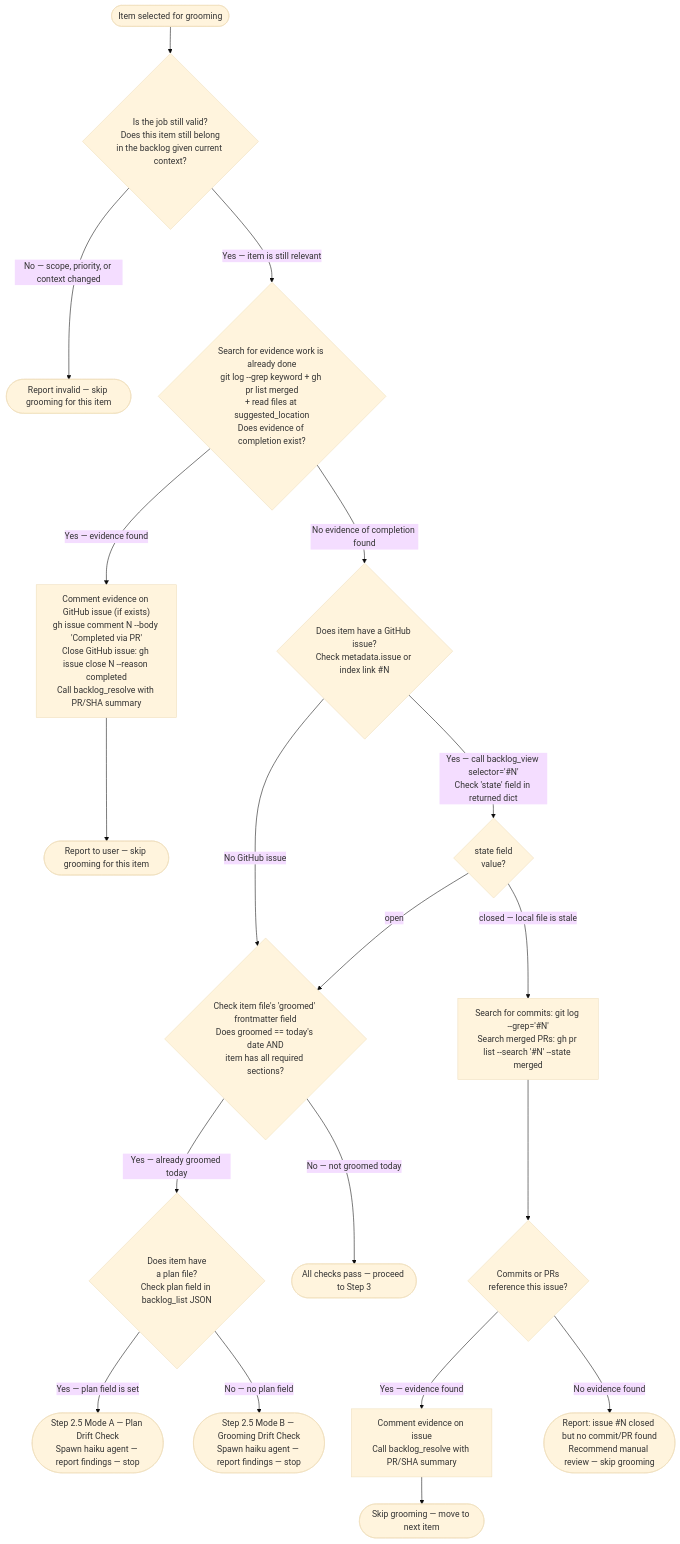
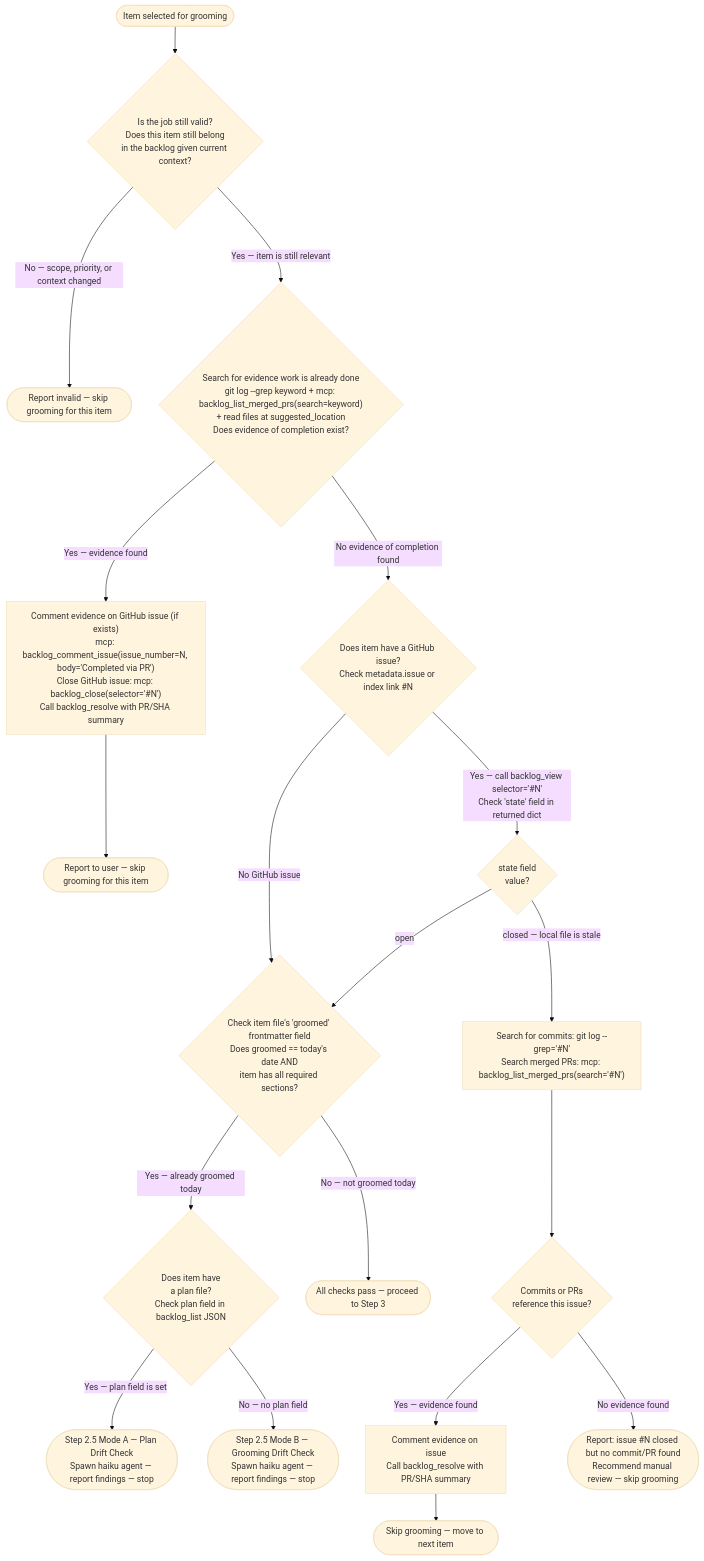
One commit to chgreer1070/claude_skills changed the second of 5 diagrams in plugins/development-harness/skills/groom-backlog-item/SKILL.md. Above: the diagram before and after it, drawn with Mermaid (base theme). The commit also changed 92 other files, not shown here.

First line of the commit message:
feat(development-harness): add 9 GitHub API tools to backlog MCP server

````diff
--- a/plugins/development-harness/skills/groom-backlog-item/SKILL.md
+++ b/plugins/development-harness/skills/groom-backlog-item/SKILL.md
@@ -63,21 +63,21 @@
 ```mermaid
 flowchart TD
     ItemIn(["Item selected for grooming"]) --> C1{"Is the job still valid?<br>Does this item still belong<br>in the backlog given current context?"}
     C1 -->|"No — scope, priority, or context changed"| InvalidSkip(["Report invalid — skip grooming for this item"])
-    C1 -->|"Yes — item is still relevant"| C2{"Search for evidence work is already done<br>git log --grep keyword + gh pr list merged<br>+ read files at suggested_location<br>Does evidence of completion exist?"}
-    C2 -->|"Yes — evidence found"| AlreadyDone["Comment evidence on GitHub issue (if exists)<br>gh issue comment N --body 'Completed via PR'<br>Close GitHub issue: gh issue close N --reason completed<br>Call backlog_resolve with PR/SHA summary"]
+    C1 -->|"Yes — item is still relevant"| C2{"Search for evidence work is already done<br>git log --grep keyword + mcp: backlog_list_merged_prs(search=keyword)<br>+ read files at suggested_location<br>Does evidence of completion exist?"}
+    C2 -->|"Yes — evidence found"| AlreadyDone["Comment evidence on GitHub issue (if exists)<br>mcp: backlog_comment_issue(issue_number=N, body='Completed via PR')<br>Close GitHub issue: mcp: backlog_close(selector='#N')<br>Call backlog_resolve with PR/SHA summary"]
     AlreadyDone --> DoneSkip(["Report to user — skip grooming for this item"])
     C2 -->|"No evidence of completion found"| C3{"Does item have a GitHub issue?<br>Check metadata.issue or index link #N"}
     C3 -->|"No GitHub issue"| C4Check{"Check item file's 'groomed' frontmatter field<br>Does groomed == today's date AND<br>item has all required sections?"}
     C3 -->|"Yes — call backlog_view selector='#N'<br>Check 'state' field in returned dict"| IssueState{"state field<br>value?"}
     IssueState -->|"open"| C4Check
-    IssueState -->|"closed — local file is stale"| StaleSearch["Search for commits: git log --grep='#N'<br>Search merged PRs: gh pr list --search '#N' --state merged"]
+    IssueState -->|"closed — local file is stale"| StaleSearch["Search for commits: git log --grep='#N'<br>Search merged PRs: mcp: backlog_list_merged_prs(search='#N')"]
     StaleSearch --> StaleEvidence{"Commits or PRs<br>reference this issue?"}
     StaleEvidence -->|"Yes — evidence found"| StaleClose["Comment evidence on issue<br>Call backlog_resolve with PR/SHA summary"]
     StaleClose --> StaleSkip(["Skip grooming — move to next item"])
     StaleEvidence -->|"No evidence found"| StaleReport(["Report: issue #N closed but no commit/PR found<br>Recommend manual review — skip grooming"])
     C4Check -->|"Yes — already groomed today"| PlanFileCheck{"Does item have<br>a plan file?<br>Check plan field in backlog_list JSON"}
     PlanFileCheck -->|"Yes — plan field is set"| PlanDrift(["Step 2.5 Mode A — Plan Drift Check<br>Spawn haiku agent — report findings — stop"])
     PlanFileCheck -->|"No — no plan field"| GroomDrift(["Step 2.5 Mode B — Grooming Drift Check<br>Spawn haiku agent — report findings — stop"])
     C4Check -->|"No — not groomed today"| PassAll(["All checks pass — proceed to Step 3"])
 ```
````
